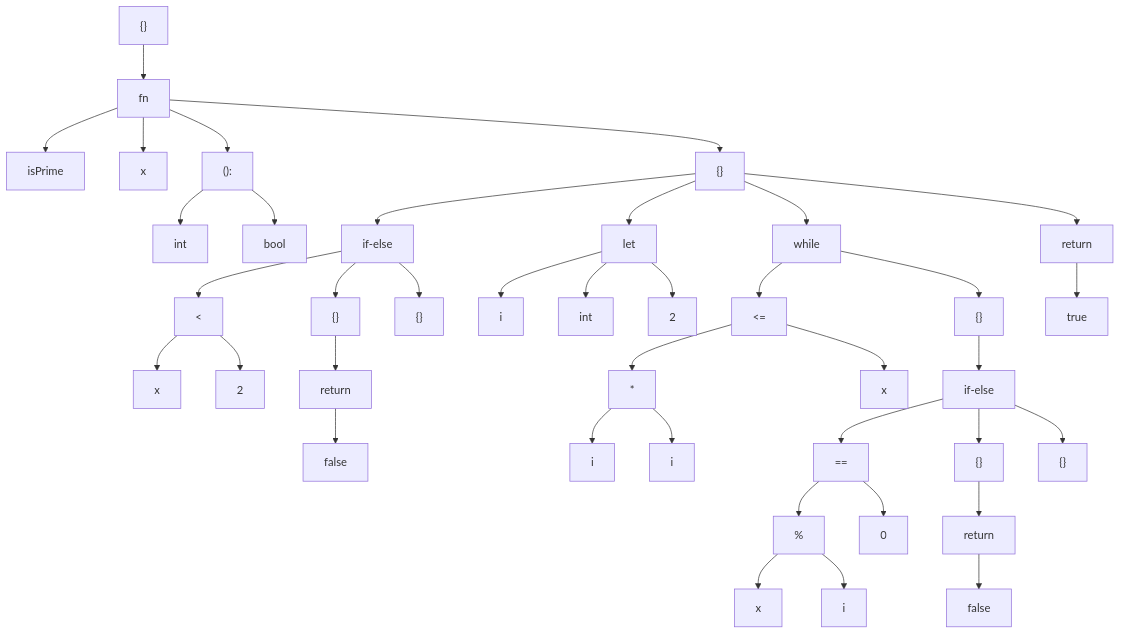
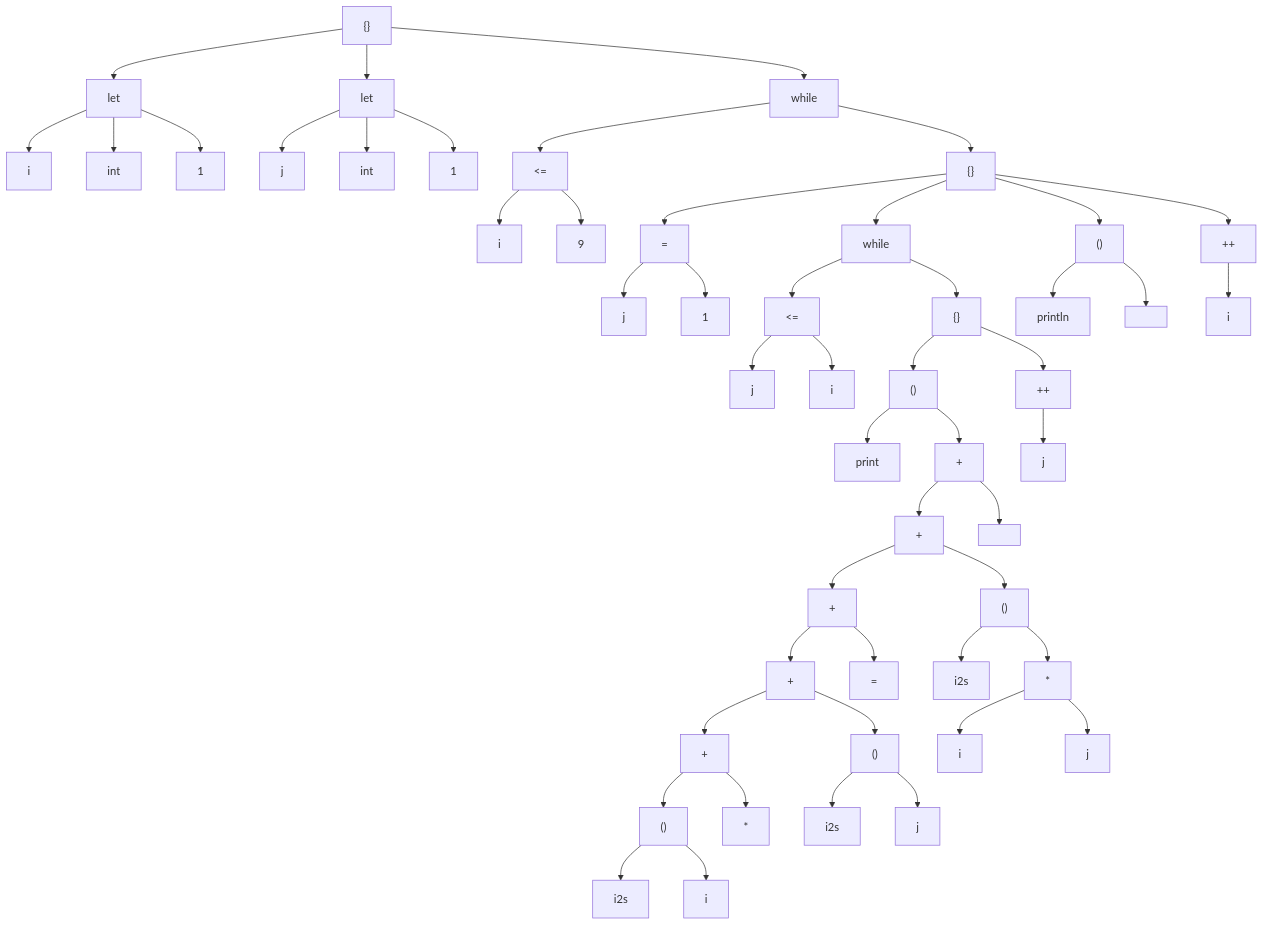
Before and after one commit to Yaossg/Porkchop: the diagram in README.md, drawn with Mermaid. The commit also changed other lines of this file and 1 other file, not shown here.

Commit message:
bytecode -> text-asm

````diff
--- a/README.md
+++ b/README.md
@@ -71,79 +68,101 @@
 graph
 0["{}"]
 0-->1
-1["fn"]
+1["let"]
 1-->2
-2["isPrime"]
+2["i"]
 1-->3
-3["x"]
+3["int"]
 1-->4
-4["():"]
-4-->5
-5["int"]
-4-->6
-6["bool"]
-1-->7
-7["{}"]
-7-->8
-8["if-else"]
-8-->9
-9["<"]
+4["1"]
+0-->5
+5["let"]
+5-->6
+6["j"]
+5-->7
+7["int"]
+5-->8
+8["1"]
+0-->9
+9["while"]
 9-->10
-10["x"]
-9-->11
-11["2"]
-8-->12
-12["{}"]
-12-->13
-13["return"]
+10["<="]
+10-->11
+11["i"]
+10-->12
+12["9"]
+9-->13
+13["{}"]
 13-->14
-14["false"]
-8-->15
-15["{}"]
-7-->16
-16["let"]
-16-->17
-17["i"]
-16-->18
-18["int"]
-16-->19
-19["2"]
-7-->20
-20["while"]
-20-->21
-21["<="]
+14["="]
+14-->15
+15["j"]
+14-->16
+16["1"]
+13-->17
+17["while"]
+17-->18
+18["<="]
+18-->19
+19["j"]
+18-->20
+20["i"]
+17-->21
+21["{}"]
 21-->22
-22["*"]
+22["()"]
 22-->23
-23["i"]
+23["print"]
 22-->24
-24["i"]
-21-->25
-25["x"]
-20-->26
-26["{}"]
+24["+"]
+24-->25
+25["+"]
+25-->26
+26["+"]
 26-->27
-27["if-else"]
+27["+"]
 27-->28
-28["=="]
+28["+"]
 28-->29
-29["%"]
+29["()"]
 29-->30
-30["x"]
+30["i2s"]
 29-->31
 31["i"]
 28-->32
-32["0"]
+32[""*""]
 27-->33
-33["{}"]
+33["()"]
 33-->34
-34["return"]
-34-->35
-35["false"]
-27-->36
-36["{}"]
-7-->37
-37["return"]
+34["i2s"]
+33-->35
+35["j"]
+26-->36
+36[""=""]
+25-->37
+37["()"]
 37-->38
-38["true"]
+38["i2s"]
+37-->39
+39["*"]
+39-->40
+40["i"]
+39-->41
+41["j"]
+24-->42
+42["" ""]
+21-->43
+43["++"]
+43-->44
+44["j"]
+13-->45
+45["()"]
+45-->46
+46["println"]
+45-->47
+47["" ""]
+13-->48
+48["++"]
+48-->49
+49["i"]
 ```
````
